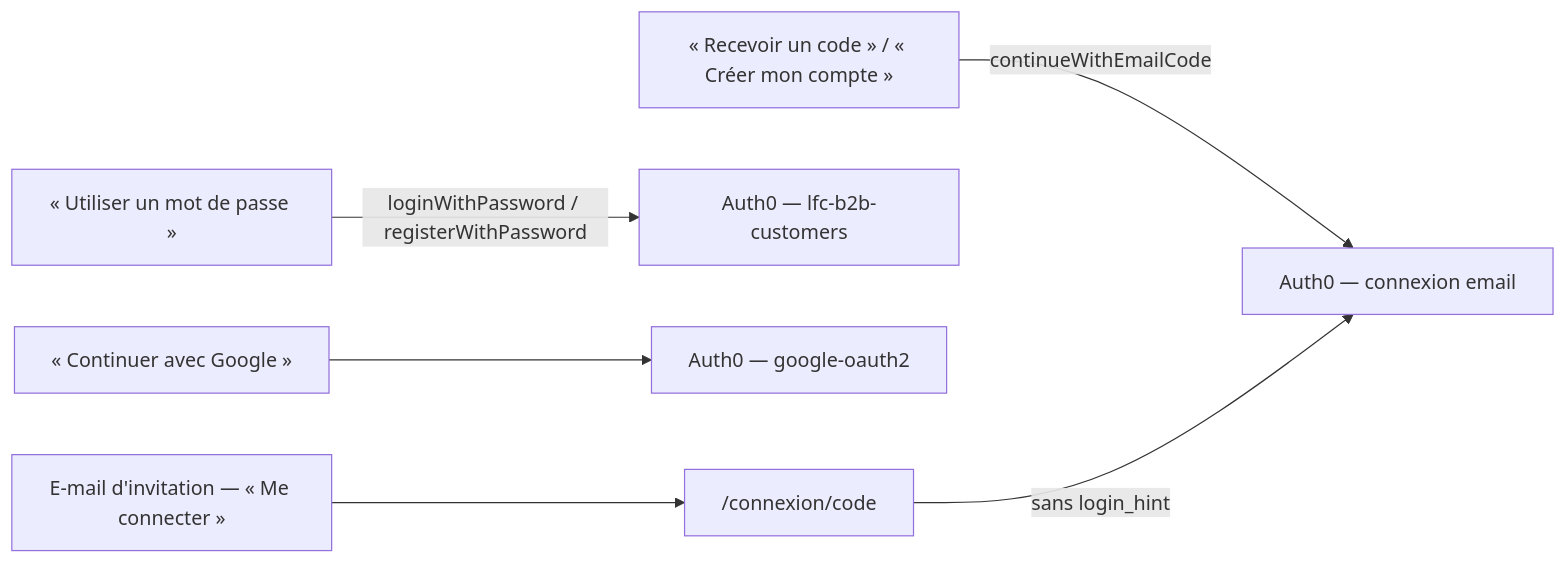
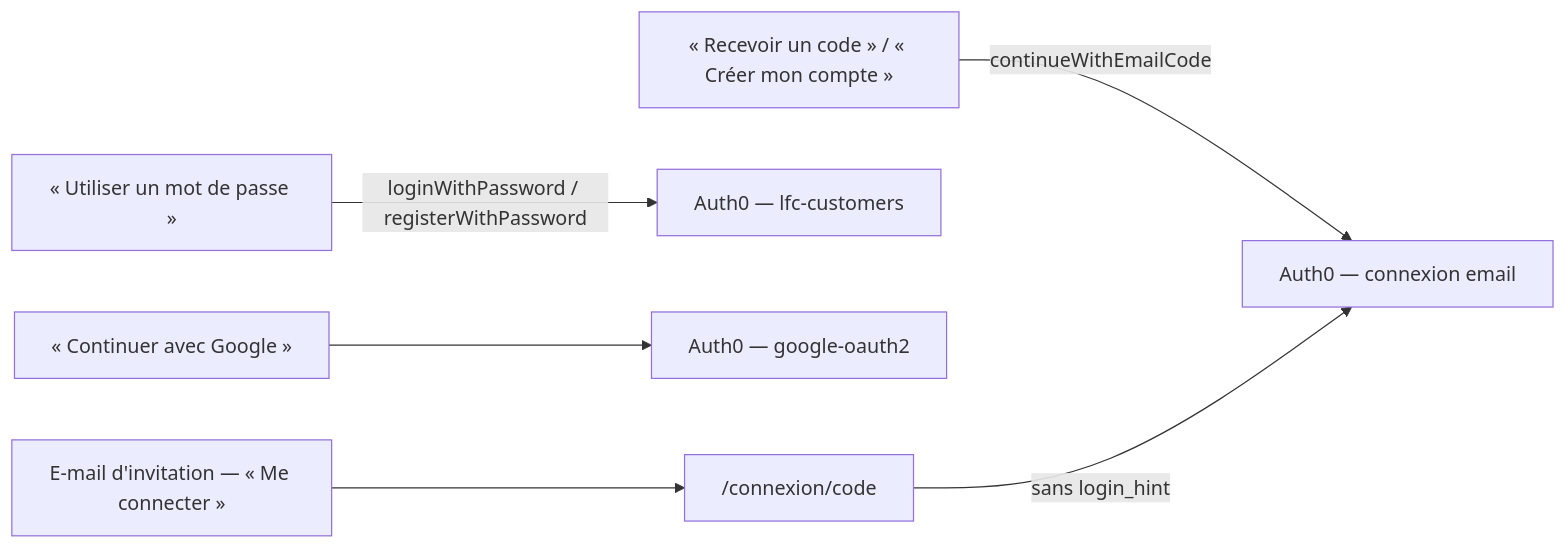
Before and after one commit to hugoheynard/lfd: the diagram in documentation/auth-inscription/connexion-par-code.md, drawn with Mermaid. The commit also changed 4 other files, not shown here.

First line of the commit message:
feat(connexion): la connexion des clients s'appelle lfc-customers

````diff
--- a/documentation/auth-inscription/connexion-par-code.md
+++ b/documentation/auth-inscription/connexion-par-code.md
@@ -23,7 +23,7 @@
 ```mermaid
 flowchart LR
   A["« Recevoir un code » / « Créer mon compte »"] -->|continueWithEmailCode| E["Auth0 — connexion email"]
-  B["« Utiliser un mot de passe »"] -->|loginWithPassword / registerWithPassword| P["Auth0 — lfc-b2b-customers"]
+  B["« Utiliser un mot de passe »"] -->|loginWithPassword / registerWithPassword| P["Auth0 — lfc-customers"]
   G["« Continuer avec Google »"] --> GG["Auth0 — google-oauth2"]
   M["E-mail d'invitation — « Me connecter »"] --> R["/connexion/code"] -->|sans login_hint| E
 ```
````
